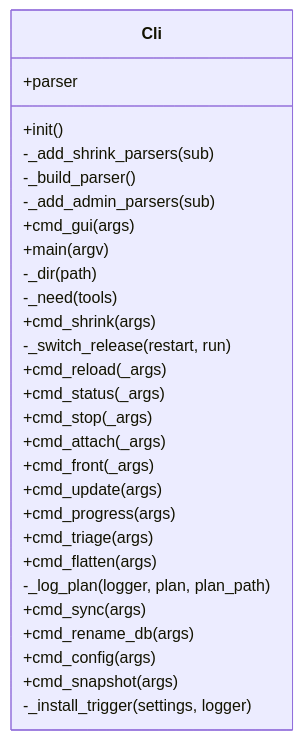
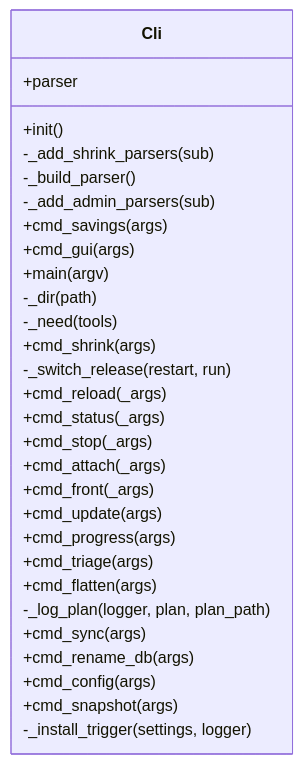
The diagram in docs/img/uml_cli.mmd (peddanet/mediatools), drawn with Mermaid before and after one commit. The commit also changed 30 other files, not shown here.

```diff
--- a/docs/img/uml_cli.mmd
+++ b/docs/img/uml_cli.mmd
@@ -1,30 +1,31 @@
 classDiagram
   direction LR
   class Cli {
     +parser
     +init()
     -_add_shrink_parsers(sub)
     -_build_parser()
     -_add_admin_parsers(sub)
+    +cmd_savings(args)
     +cmd_gui(args)
     +main(argv)
     -_dir(path)
     -_need(tools)
     +cmd_shrink(args)
     -_switch_release(restart, run)
     +cmd_reload(_args)
     +cmd_status(_args)
     +cmd_stop(_args)
     +cmd_attach(_args)
     +cmd_front(_args)
     +cmd_update(args)
     +cmd_progress(args)
     +cmd_triage(args)
     +cmd_flatten(args)
     -_log_plan(logger, plan, plan_path)
     +cmd_sync(args)
     +cmd_rename_db(args)
     +cmd_config(args)
     +cmd_snapshot(args)
     -_install_trigger(settings, logger)
   }
```
